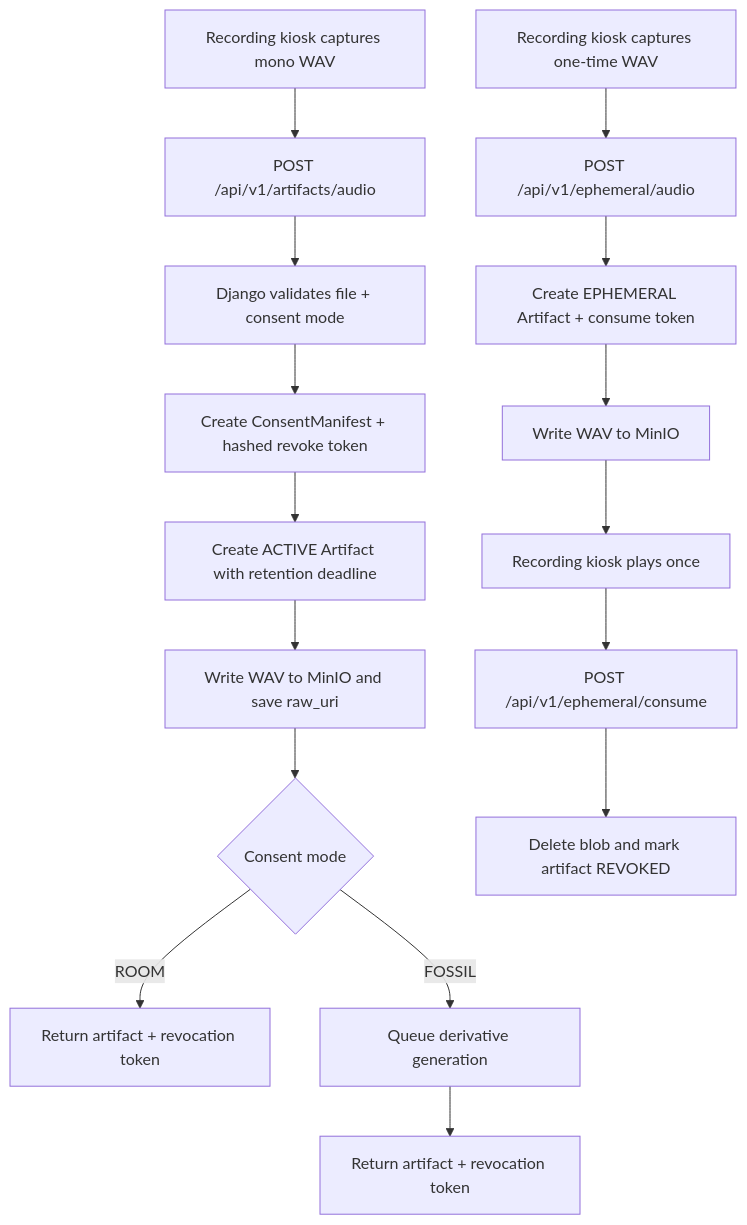
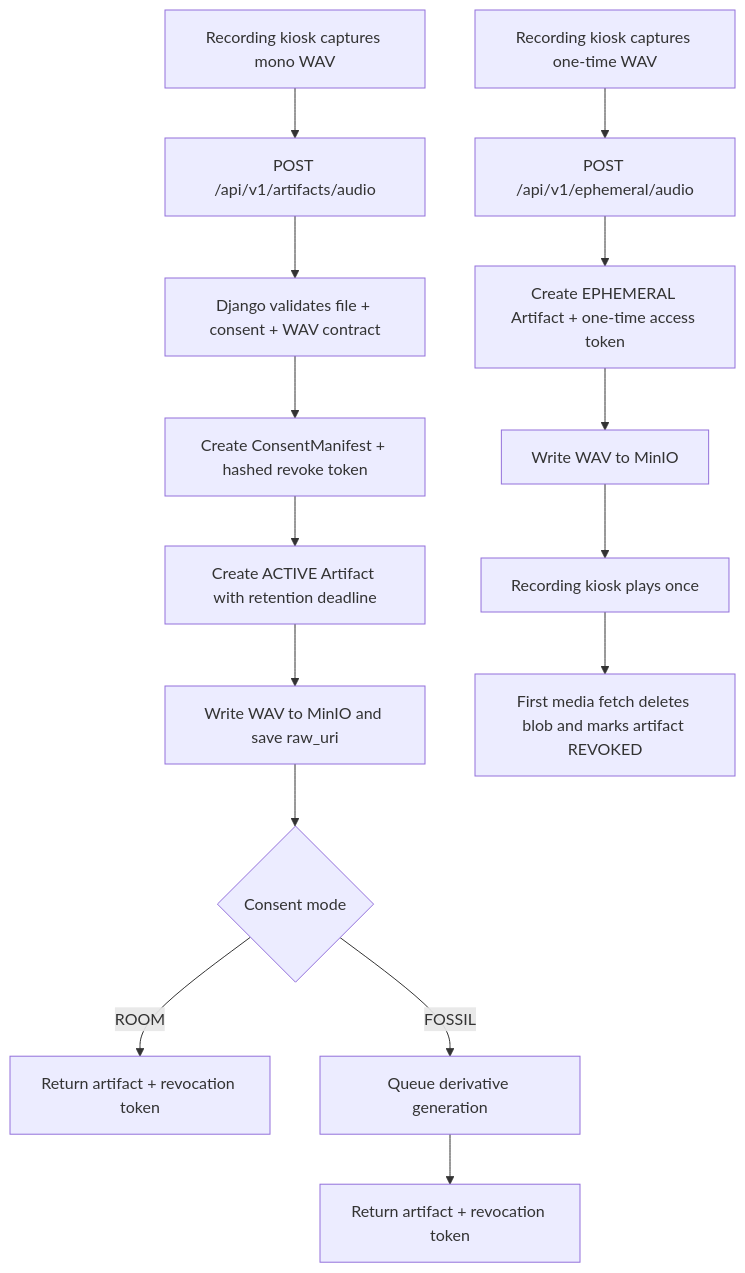
Before and after one commit to bseverns/memory-engine: the third of 5 diagrams in docs/how-the-stack-works.md, drawn with Mermaid. The commit also changed other lines of this file and 11 other files, not shown here.

````diff
--- a/docs/how-the-stack-works.md
+++ b/docs/how-the-stack-works.md
@@ -325,19 +326,18 @@
 ```mermaid
 flowchart TD
     start["Recording kiosk captures mono WAV"] --> upload["POST /api/v1/artifacts/audio"]
-    upload --> validate["Django validates file + consent mode"]
+    upload --> validate["Django validates file + consent + WAV contract"]
     validate --> consent["Create ConsentManifest + hashed revoke token"]
     consent --> artifact["Create ACTIVE Artifact with retention deadline"]
     artifact --> store["Write WAV to MinIO and save raw_uri"]
     store --> branch{"Consent mode"}
     branch -->|ROOM| room["Return artifact + revocation token"]
     branch -->|FOSSIL| queue["Queue derivative generation"]
     queue --> fossil["Return artifact + revocation token"]
 
     nosaveStart["Recording kiosk captures one-time WAV"] --> nosaveUpload["POST /api/v1/ephemeral/audio"]
-    nosaveUpload --> eph["Create EPHEMERAL Artifact + consume token"]
+    nosaveUpload --> eph["Create EPHEMERAL Artifact + one-time access token"]
     eph --> ephStore["Write WAV to MinIO"]
     ephStore --> once["Recording kiosk plays once"]
-    once --> consume["POST /api/v1/ephemeral/consume"]
-    consume --> purge["Delete blob and mark artifact REVOKED"]
+    once --> purge["First media fetch deletes blob and marks artifact REVOKED"]
 ```
````
